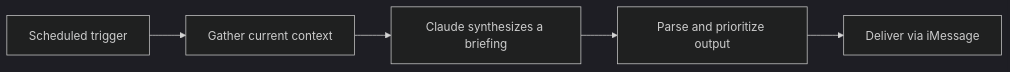
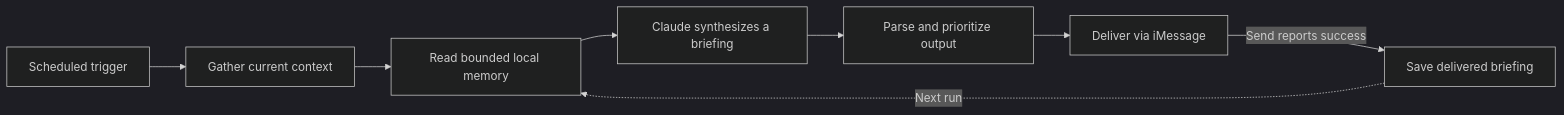
One commit to andyachiu/automation changed the diagram in README.md. Above: the diagram before and after it, drawn with Mermaid (dark theme). The commit also changed other lines of this file and 10 other files, not shown here.

Commit message:
Add persistent briefing memory and local controls

````diff
--- a/README.md
+++ b/README.md
@@ -22,7 +23,10 @@
 ```mermaid
 flowchart LR
     A[Scheduled trigger] --> B[Gather current context]
-    B --> C[Claude synthesizes a briefing]
+    B --> M[Read bounded local memory]
+    M --> C[Claude synthesizes a briefing]
     C --> D[Parse and prioritize output]
     D --> E[Deliver via iMessage]
+    E -->|Send reports success| F[Save delivered briefing]
+    F -.->|Next run| M
 ```
````
